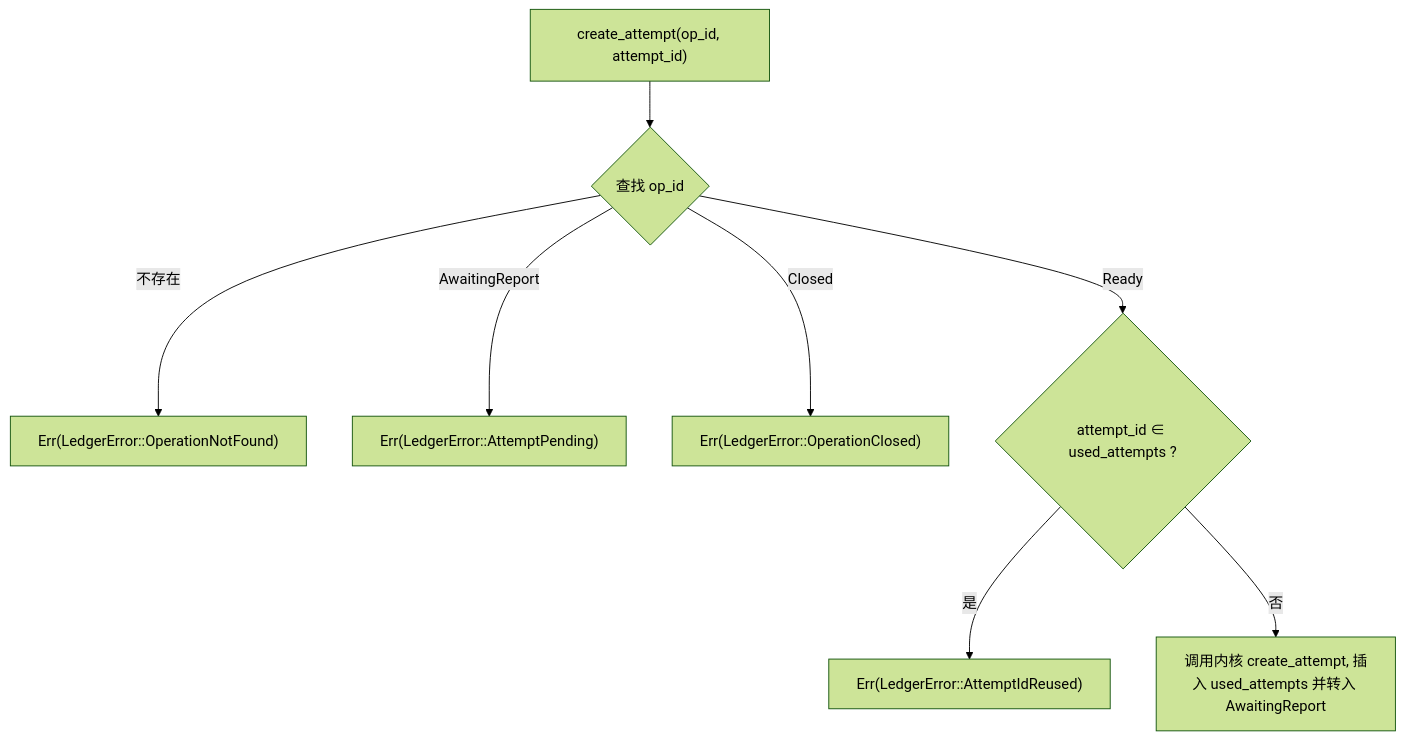
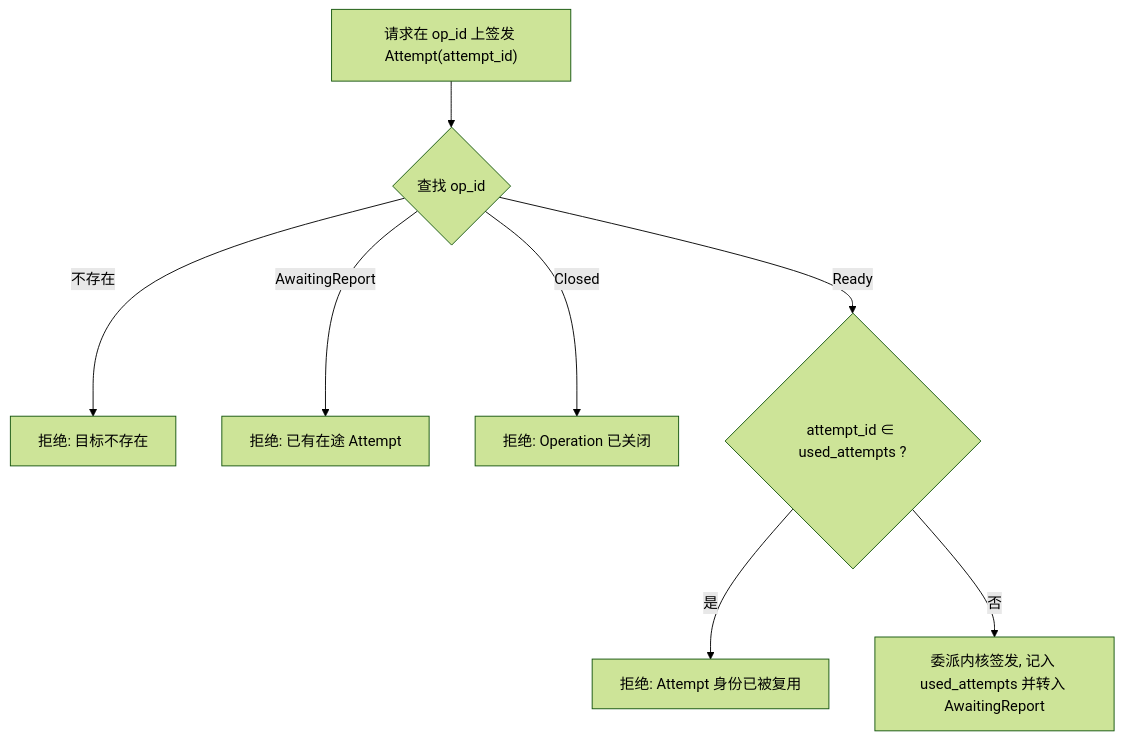
Before and after one commit to Everfold/Beamlet: the second of 2 diagrams in spec/02-ledger.md, drawn with Mermaid (forest theme). The commit also changed other lines of this file and 10 other files, not shown here.

````diff
--- a/spec/02-ledger.md
+++ b/spec/02-ledger.md
@@ -25,10 +25,10 @@
 ```mermaid
 flowchart TD
-    Req["create_attempt(op_id, attempt_id)"] --> FindOp{"查找 op_id"}
-    FindOp -->|"不存在"| E1["Err(LedgerError::OperationNotFound)"]
-    FindOp -->|"AwaitingReport"| E2["Err(LedgerError::AttemptPending)"]
-    FindOp -->|"Closed"| E3["Err(LedgerError::OperationClosed)"]
+    Req["请求在 op_id 上签发 Attempt(attempt_id)"] --> FindOp{"查找 op_id"}
+    FindOp -->|"不存在"| E1["拒绝: 目标不存在"]
+    FindOp -->|"AwaitingReport"| E2["拒绝: 已有在途 Attempt"]
+    FindOp -->|"Closed"| E3["拒绝: Operation 已关闭"]
     FindOp -->|"Ready"| Used{"attempt_id ∈ used_attempts ?"}
-    Used -->|"是"| E4["Err(LedgerError::AttemptIdReused)"]
-    Used -->|"否"| OK["调用内核 create_attempt, 插入 used_attempts 并转入 AwaitingReport"]
+    Used -->|"是"| E4["拒绝: Attempt 身份已被复用"]
+    Used -->|"否"| OK["委派内核签发, 记入 used_attempts 并转入 AwaitingReport"]
 ```
````
